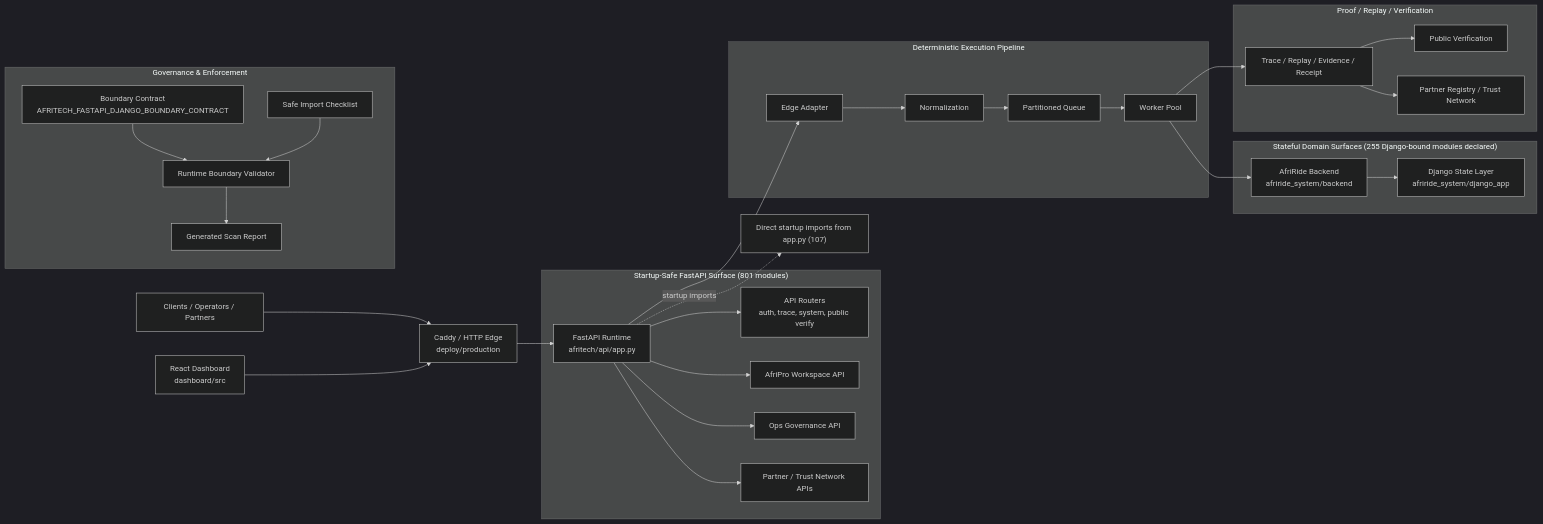
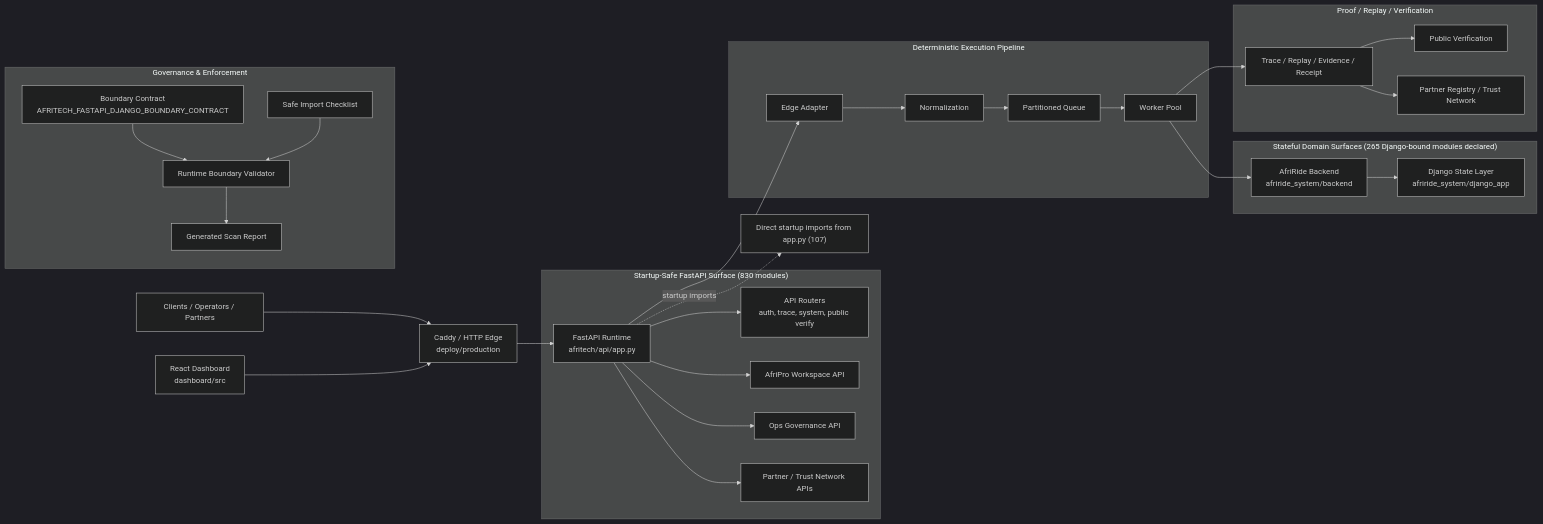
Before and after one commit to Strelly2023/afritelematics: the first of 2 diagrams in docs/architecture/AFRITECH_FULL_ARCHITECTURE_GRAPH.md, drawn with Mermaid (dark theme). The commit also changed other lines of this file and 68 other files, not shown here.

````diff
--- a/docs/architecture/AFRITECH_FULL_ARCHITECTURE_GRAPH.md
+++ b/docs/architecture/AFRITECH_FULL_ARCHITECTURE_GRAPH.md
@@ -22,39 +22,39 @@
 ```mermaid
 flowchart LR
     Client["Clients / Operators / Partners"] --> Edge["Caddy / HTTP Edge\ndeploy/production"]
     Dashboard["React Dashboard\ndashboard/src"] --> Edge
     Edge --> App["FastAPI Runtime\nafritech/api/app.py"]
 
-    subgraph FastAPI["Startup-Safe FastAPI Surface (801 modules)"]
+    subgraph FastAPI["Startup-Safe FastAPI Surface (830 modules)"]
         App --> Api["API Routers\nauth, trace, system, public verify"]
         App --> Workspace["AfriPro Workspace API"]
         App --> Governance["Ops Governance API"]
         App --> Trust["Partner / Trust Network APIs"]
     end
 
     subgraph Pipeline["Deterministic Execution Pipeline"]
         App --> Adapt["Edge Adapter"]
         Adapt --> Normalize["Normalization"]
         Normalize --> Queue["Partitioned Queue"]
         Queue --> Worker["Worker Pool"]
     end
 
-    subgraph State["Stateful Domain Surfaces (255 Django-bound modules declared)"]
+    subgraph State["Stateful Domain Surfaces (265 Django-bound modules declared)"]
         Worker --> Domain["AfriRide Backend\nafriride_system/backend"]
         Domain --> Django["Django State Layer\nafriride_system/django_app"]
     end
 
     subgraph Proof["Proof / Replay / Verification"]
         Worker --> Trace["Trace / Replay / Evidence / Receipt"]
         Trace --> Public["Public Verification"]
         Trace --> Registry["Partner Registry / Trust Network"]
     end
 
     subgraph GovernancePlane["Governance & Enforcement"]
         Contract["Boundary Contract\nAFRITECH_FASTAPI_DJANGO_BOUNDARY_CONTRACT"] --> Validator["Runtime Boundary Validator"]
         Checklist["Safe Import Checklist"] --> Validator
         Validator --> Review["Generated Scan Report"]
     end
 
     App -. startup imports .-> Imports["Direct startup imports from app.py (107)"]
 ```
````
